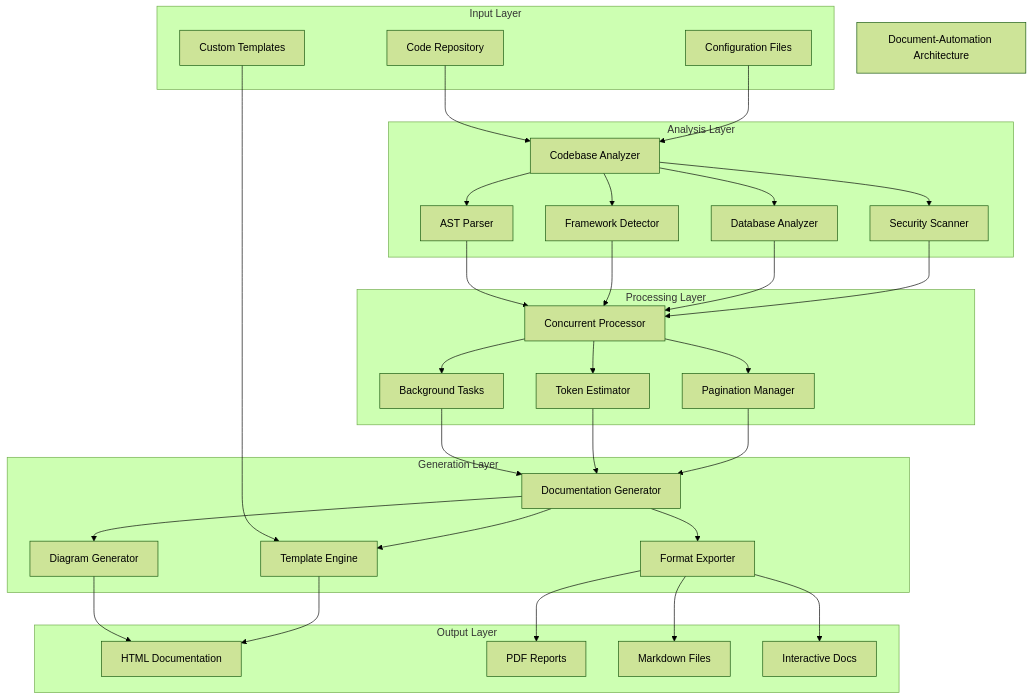
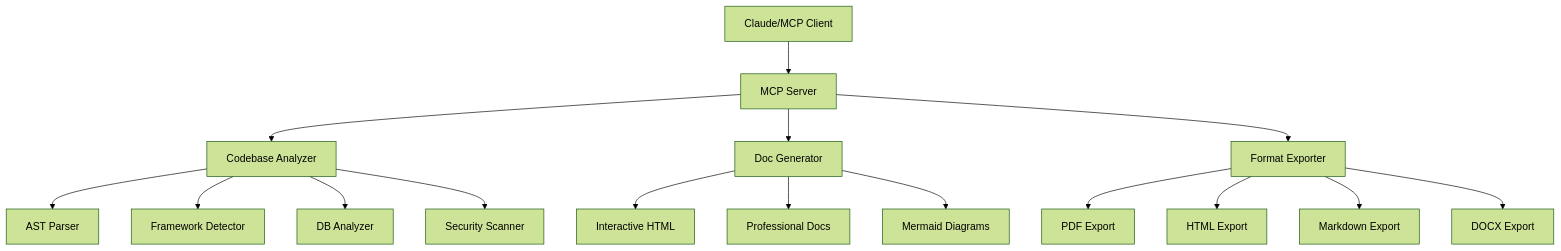
Before and after one commit to vedantparmar12/Document-Automation: the first of 2 diagrams in README.md, drawn with Mermaid (forest theme). The commit also changed other lines of this file, not shown here.

````diff
--- a/README.md
+++ b/README.md
@@ -115,65 +357,21 @@
 ```mermaid
 flowchart TB
-    title["Document-Automation Architecture"]
+    Client[Claude/MCP Client] --> Server[MCP Server]
+    Server --> Analyzer[Codebase Analyzer]
+    Server --> Generator[Doc Generator]
+    Server --> Exporter[Format Exporter]
     
-    subgraph "Input Layer"
-        A[Code Repository]
-        B[Configuration Files]
-        C[Custom Templates]
-    end
+    Analyzer --> AST[AST Parser]
+    Analyzer --> Framework[Framework Detector]
+    Analyzer --> Database[DB Analyzer]
+    Analyzer --> Security[Security Scanner]
     
-    subgraph "Analysis Layer"
-        D[Codebase Analyzer]
-        E[AST Parser]
-        F[Framework Detector]
-        G[Database Analyzer]
-        H[Security Scanner]
-    end
+    Generator --> Interactive[Interactive HTML]
+    Generator --> Professional[Professional Docs]
+    Generator --> Diagrams[Mermaid Diagrams]
     
-    subgraph "Processing Layer"
-        I[Concurrent Processor]
-        J[Background Tasks]
-        K[Token Estimator]
-        L[Pagination Manager]
-    end
-    
-    subgraph "Generation Layer"
-        M[Documentation Generator]
-        N[Diagram Generator]
-        O[Template Engine]
-        P[Format Exporter]
-    end
-    
-    subgraph "Output Layer"
-        Q[HTML Documentation]
-        R[PDF Reports]
-        S[Markdown Files]
-        T[Interactive Docs]
-    end
-    
-    A --> D
-    B --> D
-    C --> O
-    D --> E
-    D --> F
-    D --> G
-    D --> H
-    E --> I
-    F --> I
-    G --> I
-    H --> I
-    I --> J
-    I --> K
-    I --> L
-    J --> M
-    K --> M
-    L --> M
-    M --> N
-    M --> O
-    M --> P
-    N --> Q
-    O --> Q
-    P --> R
-    P --> S
-    P --> T
+    Exporter --> PDF[PDF Export]
+    Exporter --> HTML[HTML Export]
+    Exporter --> Markdown[Markdown Export]
+    Exporter --> DOCX[DOCX Export]
 ```
````
